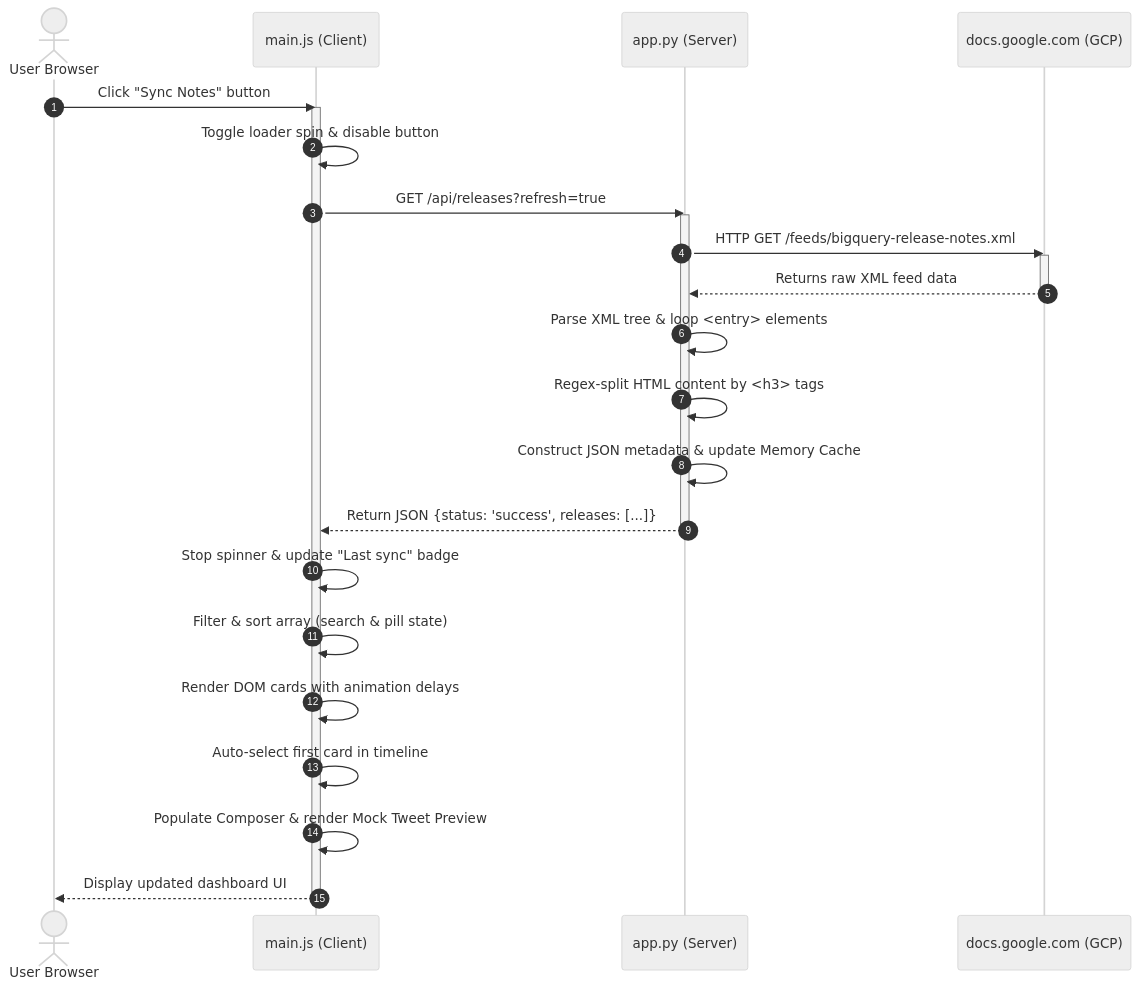
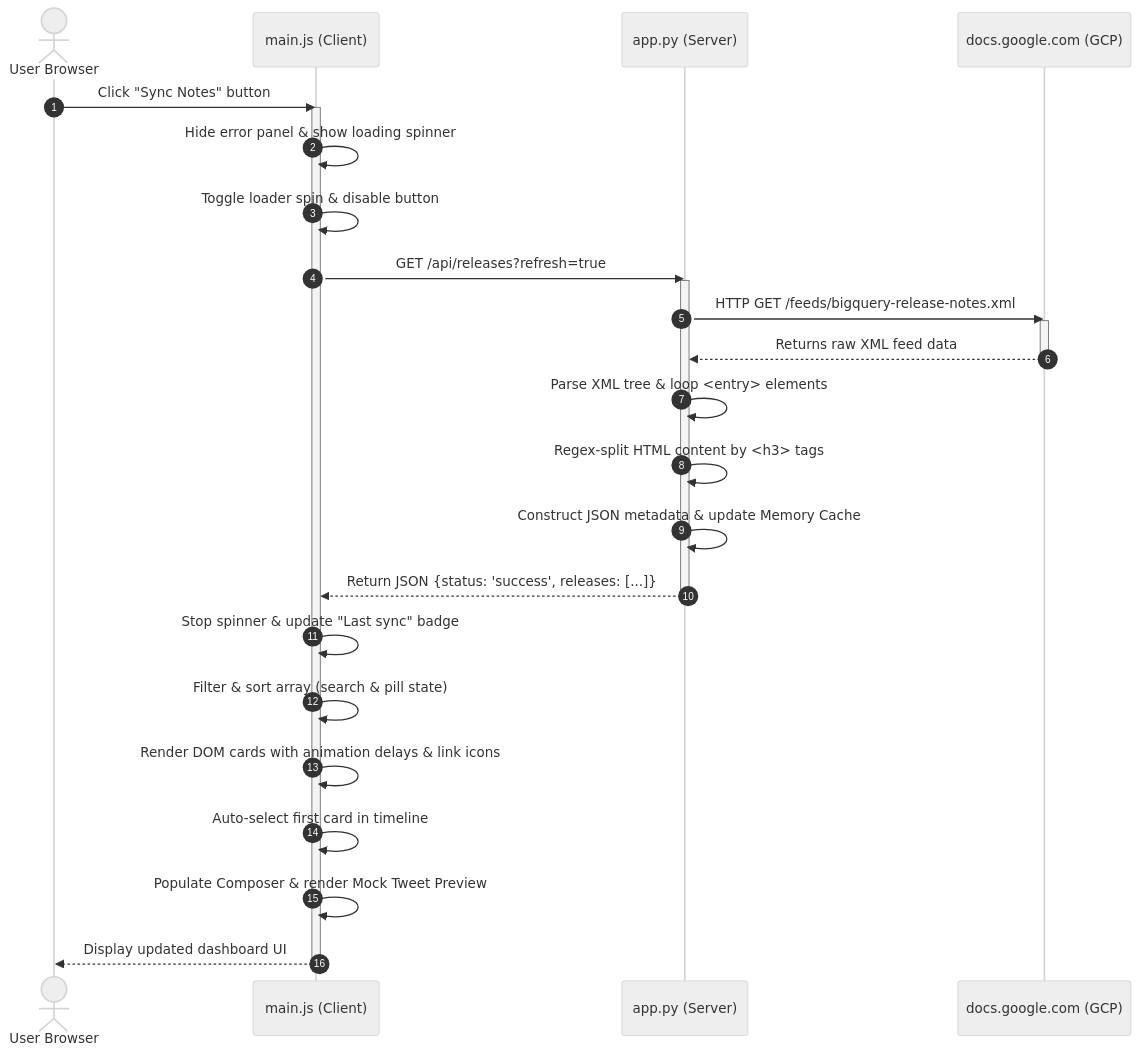
Before and after one commit to Ania-star/release-event-talks-app: the diagram in project_deep_dive.md, drawn with Mermaid (neutral theme). The commit also changed other lines of this file and 1 other file, not shown here.

Commit message:
Docs: Update README.md and project_deep_dive.md for theme toggling, CSV download, and connectivity error details

````diff
--- a/project_deep_dive.md
+++ b/project_deep_dive.md
@@ -75,33 +90,34 @@
 ```mermaid
 sequenceDiagram
     autonumber
     actor User as User Browser
     participant JS as main.js (Client)
     participant Flask as app.py (Server)
     participant XML as docs.google.com (GCP)
     
     User->>JS: Click "Sync Notes" button
     activate JS
+    JS->>JS: Hide error panel & show loading spinner
     JS->>JS: Toggle loader spin & disable button
     JS->>Flask: GET /api/releases?refresh=true
     activate Flask
     
     Flask->>XML: HTTP GET /feeds/bigquery-release-notes.xml
     activate XML
     XML-->>Flask: Returns raw XML feed data
     deactivate XML
     
     Flask->>Flask: Parse XML tree & loop <entry> elements
     Flask->>Flask: Regex-split HTML content by <h3> tags
     Flask->>Flask: Construct JSON metadata & update Memory Cache
     Flask-->>JS: Return JSON {status: 'success', releases: [...]}
     deactivate Flask
     
     JS->>JS: Stop spinner & update "Last sync" badge
     JS->>JS: Filter & sort array (search & pill state)
-    JS->>JS: Render DOM cards with animation delays
+    JS->>JS: Render DOM cards with animation delays & link icons
     JS->>JS: Auto-select first card in timeline
     JS->>JS: Populate Composer & render Mock Tweet Preview
     JS-->>User: Display updated dashboard UI
     deactivate JS
 ```
````
